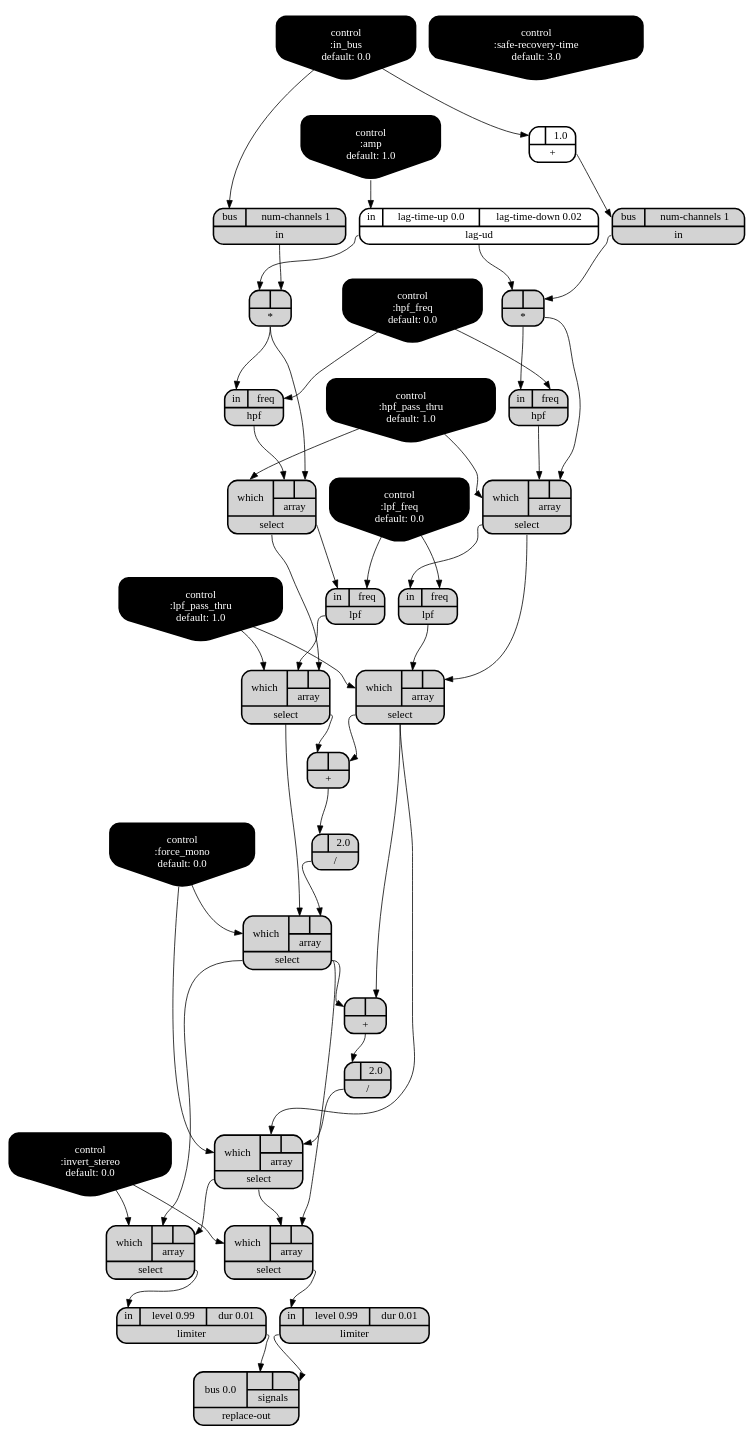
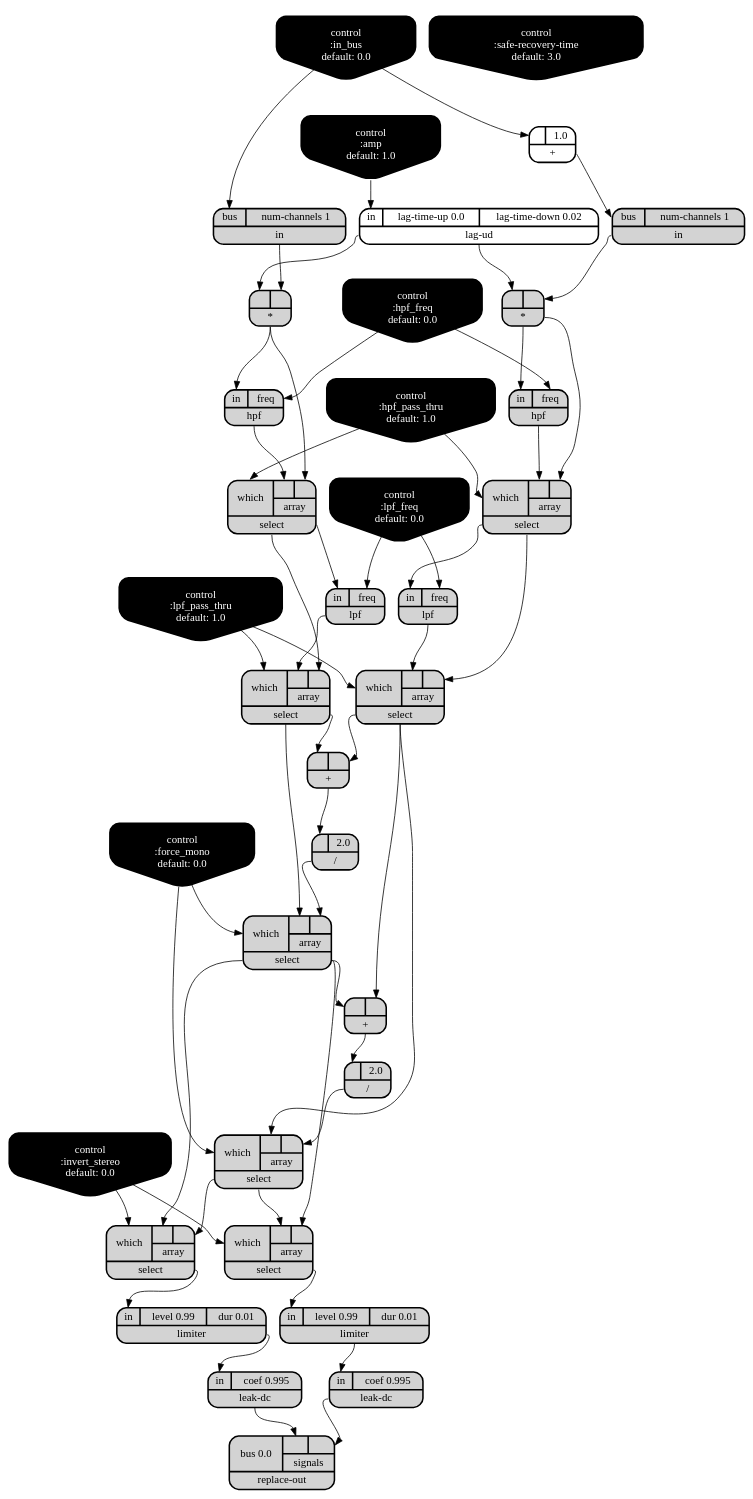
Before and after one commit to sonic-pi-net/sonic-pi: the diagram in etc/synthdefs/graphviz/sonic-pi-mixer.dot, drawn with Graphviz. The commit also changed 3 other files, not shown here.

```diff
--- a/etc/synthdefs/graphviz/sonic-pi-mixer.dot
+++ b/etc/synthdefs/graphviz/sonic-pi-mixer.dot
@@ -1,106 +1,110 @@
 digraph synthdef {
 11 [label = "{{ <a> |<b> } |<__UG_NAME__>* }" style="filled, bold, rounded"  shape=record rankdir=LR];
 18 [label = "{{ <a> |<b> } |<__UG_NAME__>* }" style="filled, bold, rounded"  shape=record rankdir=LR];
 16 [label = "{{ <a> |<b> 1.0} |<__UG_NAME__>+ }" style="bold, rounded" shape=record rankdir=LR];
 23 [label = "{{ <a> |<b> } |<__UG_NAME__>+ }" style="filled, bold, rounded"  shape=record rankdir=LR];
 26 [label = "{{ <a> |<b> } |<__UG_NAME__>+ }" style="filled, bold, rounded"  shape=record rankdir=LR];
 24 [label = "{{ <a> |<b> 2.0} |<__UG_NAME__>/ }" style="filled, bold, rounded"  shape=record rankdir=LR];
 27 [label = "{{ <a> |<b> 2.0} |<__UG_NAME__>/ }" style="filled, bold, rounded"  shape=record rankdir=LR];
 0 [label = "control
  :in_bus
  default: 0.0" shape=invhouse style="rounded, filled, bold" fillcolor=black fontcolor=white ]; 
 1 [label = "control
  :amp
  default: 1.0" shape=invhouse style="rounded, filled, bold" fillcolor=black fontcolor=white ]; 
 2 [label = "control
  :safe-recovery-time
  default: 3.0" shape=invhouse style="rounded, filled, bold" fillcolor=black fontcolor=white ]; 
 3 [label = "control
  :hpf_freq
  default: 0.0" shape=invhouse style="rounded, filled, bold" fillcolor=black fontcolor=white ]; 
 4 [label = "control
  :hpf_pass_thru
  default: 1.0" shape=invhouse style="rounded, filled, bold" fillcolor=black fontcolor=white ]; 
 5 [label = "control
  :lpf_freq
  default: 0.0" shape=invhouse style="rounded, filled, bold" fillcolor=black fontcolor=white ]; 
 6 [label = "control
  :lpf_pass_thru
  default: 1.0" shape=invhouse style="rounded, filled, bold" fillcolor=black fontcolor=white ]; 
 7 [label = "control
  :force_mono
  default: 0.0" shape=invhouse style="rounded, filled, bold" fillcolor=black fontcolor=white ]; 
 8 [label = "control
  :invert_stereo
  default: 0.0" shape=invhouse style="rounded, filled, bold" fillcolor=black fontcolor=white ]; 
 12 [label = "{{ <in> in|<freq> freq} |<__UG_NAME__>hpf }" style="filled, bold, rounded"  shape=record rankdir=LR];
 19 [label = "{{ <in> in|<freq> freq} |<__UG_NAME__>hpf }" style="filled, bold, rounded"  shape=record rankdir=LR];
 10 [label = "{{ <bus> bus|<num____channels> num-channels 1} |<__UG_NAME__>in }" style="filled, bold, rounded"  shape=record rankdir=LR];
 17 [label = "{{ <bus> bus|<num____channels> num-channels 1} |<__UG_NAME__>in }" style="filled, bold, rounded"  shape=record rankdir=LR];
 9 [label = "{{ <in> in|<lag____time____up> lag-time-up 0.0|<lag____time____down> lag-time-down 0.02} |<__UG_NAME__>lag-ud }" style="bold, rounded" shape=record rankdir=LR];
+32 [label = "{{ <in> in|<coef> coef 0.995} |<__UG_NAME__>leak-dc }" style="filled, bold, rounded"  shape=record rankdir=LR];
+34 [label = "{{ <in> in|<coef> coef 0.995} |<__UG_NAME__>leak-dc }" style="filled, bold, rounded"  shape=record rankdir=LR];
 30 [label = "{{ <in> in|<level> level 0.99|<dur> dur 0.01} |<__UG_NAME__>limiter }" style="filled, bold, rounded"  shape=record rankdir=LR];
-32 [label = "{{ <in> in|<level> level 0.99|<dur> dur 0.01} |<__UG_NAME__>limiter }" style="filled, bold, rounded"  shape=record rankdir=LR];
+33 [label = "{{ <in> in|<level> level 0.99|<dur> dur 0.01} |<__UG_NAME__>limiter }" style="filled, bold, rounded"  shape=record rankdir=LR];
 14 [label = "{{ <in> in|<freq> freq} |<__UG_NAME__>lpf }" style="filled, bold, rounded"  shape=record rankdir=LR];
 21 [label = "{{ <in> in|<freq> freq} |<__UG_NAME__>lpf }" style="filled, bold, rounded"  shape=record rankdir=LR];
-33 [label = "{{ <bus> bus 0.0|{{<signals___limiter___0>|<signals___limiter___1>}|signals}} |<__UG_NAME__>replace-out }" style="filled, bold, rounded"  shape=record rankdir=LR];
+35 [label = "{{ <bus> bus 0.0|{{<signals___leak____dc___0>|<signals___leak____dc___1>}|signals}} |<__UG_NAME__>replace-out }" style="filled, bold, rounded"  shape=record rankdir=LR];
 13 [label = "{{ <which> which|{{<array___hpf___0>|<array___binary____op____u____gen___1>}|array}} |<__UG_NAME__>select }" style="filled, bold, rounded"  shape=record rankdir=LR];
 15 [label = "{{ <which> which|{{<array___lpf___0>|<array___select___1>}|array}} |<__UG_NAME__>select }" style="filled, bold, rounded"  shape=record rankdir=LR];
 20 [label = "{{ <which> which|{{<array___hpf___0>|<array___binary____op____u____gen___1>}|array}} |<__UG_NAME__>select }" style="filled, bold, rounded"  shape=record rankdir=LR];
 22 [label = "{{ <which> which|{{<array___lpf___0>|<array___select___1>}|array}} |<__UG_NAME__>select }" style="filled, bold, rounded"  shape=record rankdir=LR];
 25 [label = "{{ <which> which|{{<array___select___0>|<array___binary____op____u____gen___1>}|array}} |<__UG_NAME__>select }" style="filled, bold, rounded"  shape=record rankdir=LR];
 28 [label = "{{ <which> which|{{<array___select___0>|<array___binary____op____u____gen___1>}|array}} |<__UG_NAME__>select }" style="filled, bold, rounded"  shape=record rankdir=LR];
 29 [label = "{{ <which> which|{{<array___select___0>|<array___select___1>}|array}} |<__UG_NAME__>select }" style="filled, bold, rounded"  shape=record rankdir=LR];
 31 [label = "{{ <which> which|{{<array___select___0>|<array___select___1>}|array}} |<__UG_NAME__>select }" style="filled, bold, rounded"  shape=record rankdir=LR];
 
 10:__UG_NAME__ -> 11:b ;
 9:__UG_NAME__ -> 11:a ;
 17:__UG_NAME__ -> 18:b ;
 9:__UG_NAME__ -> 18:a ;
 0:__UG_NAME__ -> 16:a ;
 22:__UG_NAME__ -> 23:b ;
 15:__UG_NAME__ -> 23:a ;
 22:__UG_NAME__ -> 26:b ;
 25:__UG_NAME__ -> 26:a ;
 23:__UG_NAME__ -> 24:a ;
 26:__UG_NAME__ -> 27:a ;
 3:__UG_NAME__ -> 12:freq ;
 11:__UG_NAME__ -> 12:in ;
 3:__UG_NAME__ -> 19:freq ;
 18:__UG_NAME__ -> 19:in ;
 0:__UG_NAME__ -> 10:bus ;
 16:__UG_NAME__ -> 17:bus ;
 1:__UG_NAME__ -> 9:in ;
+30:__UG_NAME__ -> 32:in ;
+33:__UG_NAME__ -> 34:in ;
 29:__UG_NAME__ -> 30:in ;
-31:__UG_NAME__ -> 32:in ;
+31:__UG_NAME__ -> 33:in ;
 5:__UG_NAME__ -> 14:freq ;
 13:__UG_NAME__ -> 14:in ;
 5:__UG_NAME__ -> 21:freq ;
 20:__UG_NAME__ -> 21:in ;
-30:__UG_NAME__ -> 33:signals___limiter___0 ;
-32:__UG_NAME__ -> 33:signals___limiter___1 ;
+32:__UG_NAME__ -> 35:signals___leak____dc___0 ;
+34:__UG_NAME__ -> 35:signals___leak____dc___1 ;
 12:__UG_NAME__ -> 13:array___hpf___0 ;
 11:__UG_NAME__ -> 13:array___binary____op____u____gen___1 ;
 4:__UG_NAME__ -> 13:which ;
 14:__UG_NAME__ -> 15:array___lpf___0 ;
 13:__UG_NAME__ -> 15:array___select___1 ;
 6:__UG_NAME__ -> 15:which ;
 19:__UG_NAME__ -> 20:array___hpf___0 ;
 18:__UG_NAME__ -> 20:array___binary____op____u____gen___1 ;
 4:__UG_NAME__ -> 20:which ;
 21:__UG_NAME__ -> 22:array___lpf___0 ;
 20:__UG_NAME__ -> 22:array___select___1 ;
 6:__UG_NAME__ -> 22:which ;
 15:__UG_NAME__ -> 25:array___select___0 ;
 24:__UG_NAME__ -> 25:array___binary____op____u____gen___1 ;
 7:__UG_NAME__ -> 25:which ;
 22:__UG_NAME__ -> 28:array___select___0 ;
 27:__UG_NAME__ -> 28:array___binary____op____u____gen___1 ;
 7:__UG_NAME__ -> 28:which ;
 25:__UG_NAME__ -> 29:array___select___0 ;
 28:__UG_NAME__ -> 29:array___select___1 ;
 8:__UG_NAME__ -> 29:which ;
 28:__UG_NAME__ -> 31:array___select___0 ;
 25:__UG_NAME__ -> 31:array___select___1 ;
 8:__UG_NAME__ -> 31:which ;
 
 }
```
